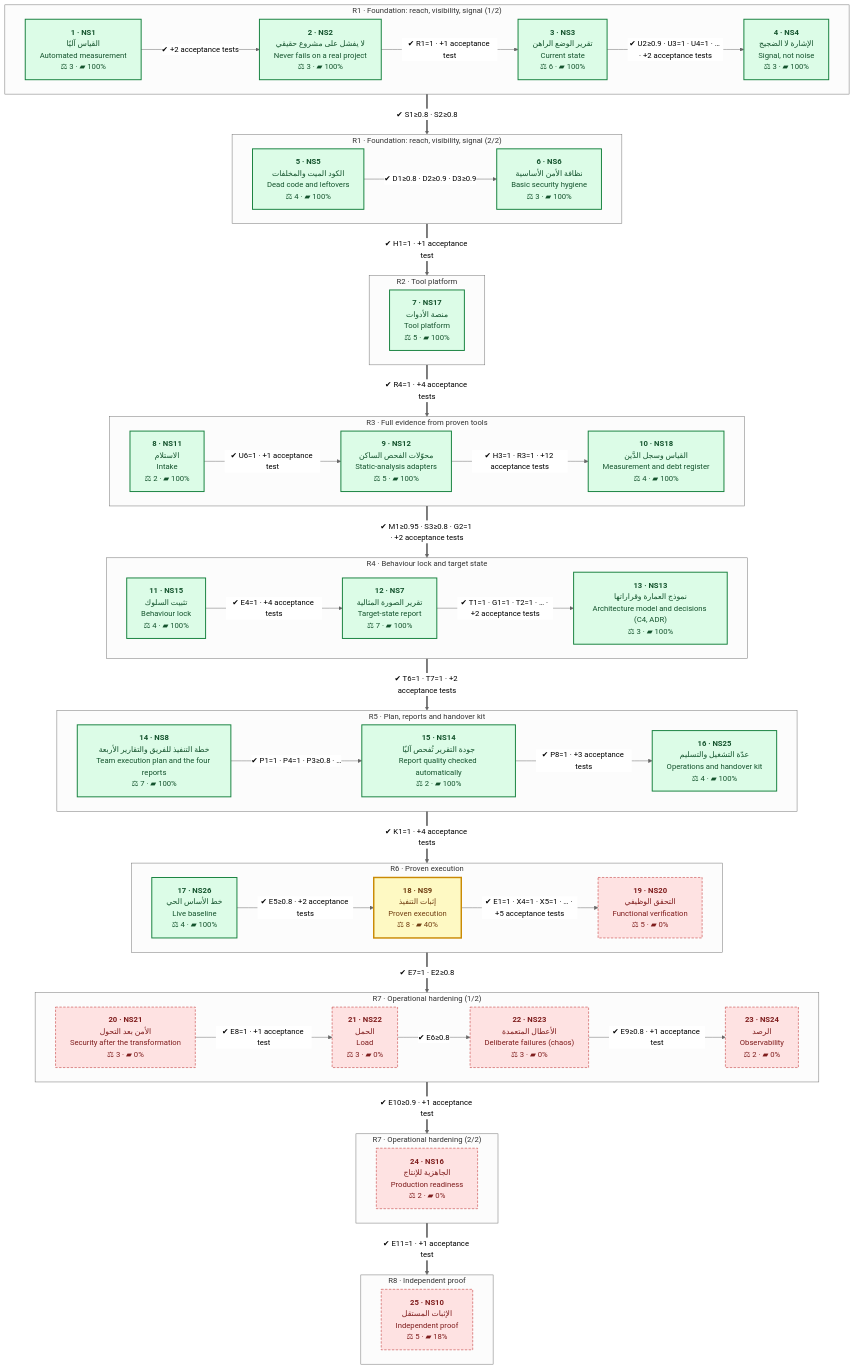
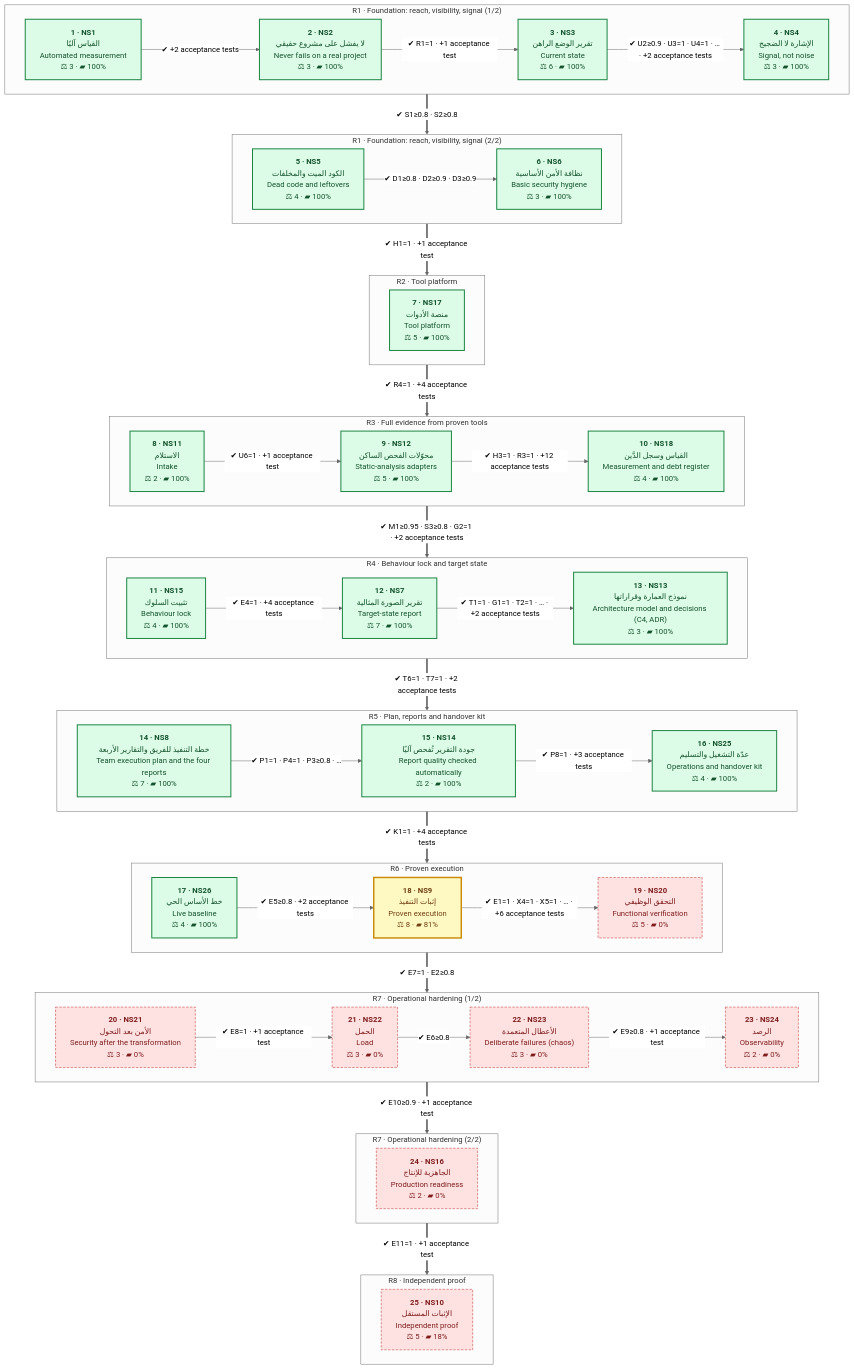
Before and after one commit to eom1417/engineering-audit-os: the second of 2 diagrams in README.en.md, drawn with Mermaid (neutral theme). The commit also changed other lines of this file and 8 other files, not shown here.

```diff
--- a/README.en.md
+++ b/README.en.md
@@ -296,10 +296,10 @@
     subgraph R6_1["R6 · Proven execution"]
         direction LR
         NS26["<b>17 · NS26</b><br/>خط الأساس الحي<br/>Live baseline<br/>⚖ 4 · ▰ 100%"]:::done
-        NS9["<b>18 · NS9</b><br/>إثبات التنفيذ<br/>Proven execution<br/>⚖ 8 · ▰ 40%"]:::current
+        NS9["<b>18 · NS9</b><br/>إثبات التنفيذ<br/>Proven execution<br/>⚖ 8 · ▰ 81%"]:::current
         NS20["<b>19 · NS20</b><br/>التحقق الوظيفي<br/>Functional verification<br/>⚖ 5 · ▰ 0%"]:::owner
         NS26 -->|"✔ E5≥0.8 · +2 acceptance tests"| NS9
-        NS9 -->|"✔ E1=1 · X4=1 · X5=1 · … · +5 acceptance tests"| NS20
+        NS9 -->|"✔ E1=1 · X4=1 · X5=1 · … · +6 acceptance tests"| NS20
     end
     subgraph R7_1["R7 · Operational hardening (1/2)"]
         direction LR
```
